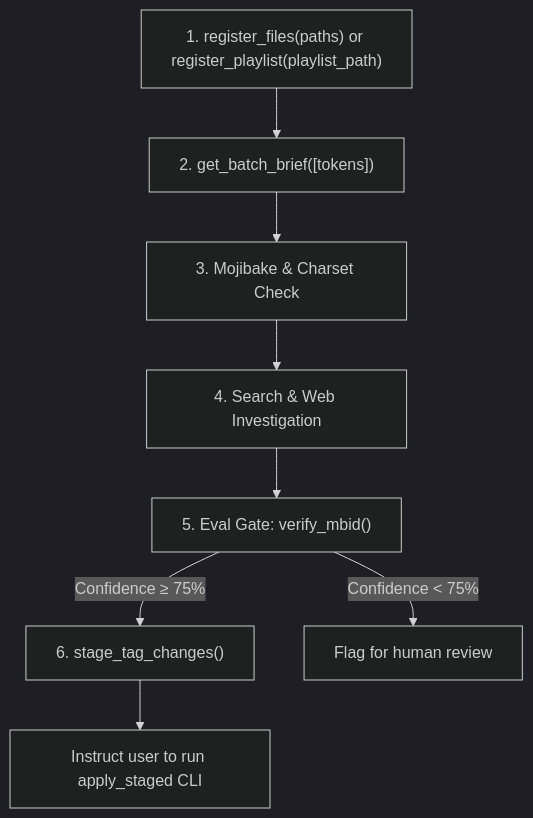
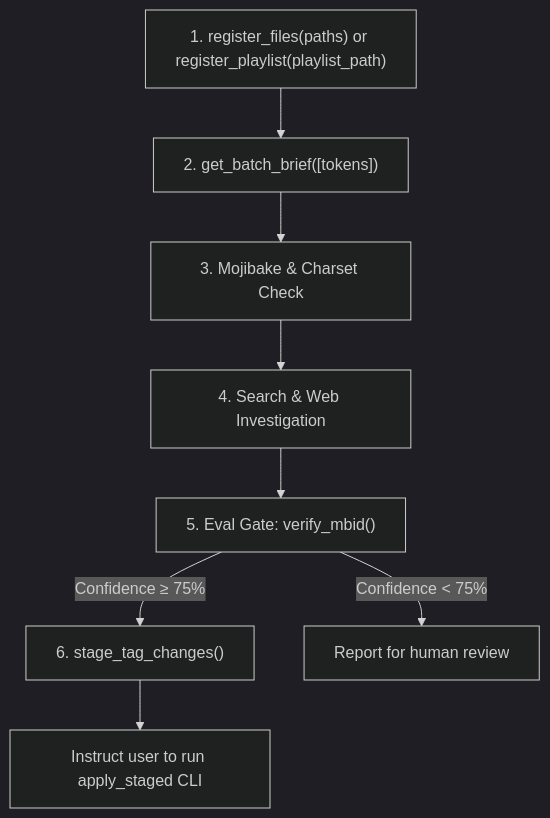
Before and after one commit to niccy266/musicbee-tagger-mcp: the diagram in .agents/skills/musicbee-investigator/SKILL.md, drawn with Mermaid (dark theme). The commit also changed other lines of this file and 10 other files, not shown here.

````diff
--- a/.agents/skills/musicbee-investigator/SKILL.md
+++ b/.agents/skills/musicbee-investigator/SKILL.md
@@ -32,10 +32,10 @@
 ```mermaid
 flowchart TD
     A["1. register_files(paths) or register_playlist(playlist_path)"] --> B["2. get_batch_brief([tokens])"]
     B --> C["3. Mojibake & Charset Check"]
     C --> D["4. Search & Web Investigation"]
     D --> E["5. Eval Gate: verify_mbid()"]
     E -->|Confidence ≥ 75%| F["6. stage_tag_changes()"]
-    E -->|Confidence < 75%| G["Flag for human review"]
+    E -->|Confidence < 75%| G["Report for human review"]
     F --> H["Instruct user to run apply_staged CLI"]
 ```
````
